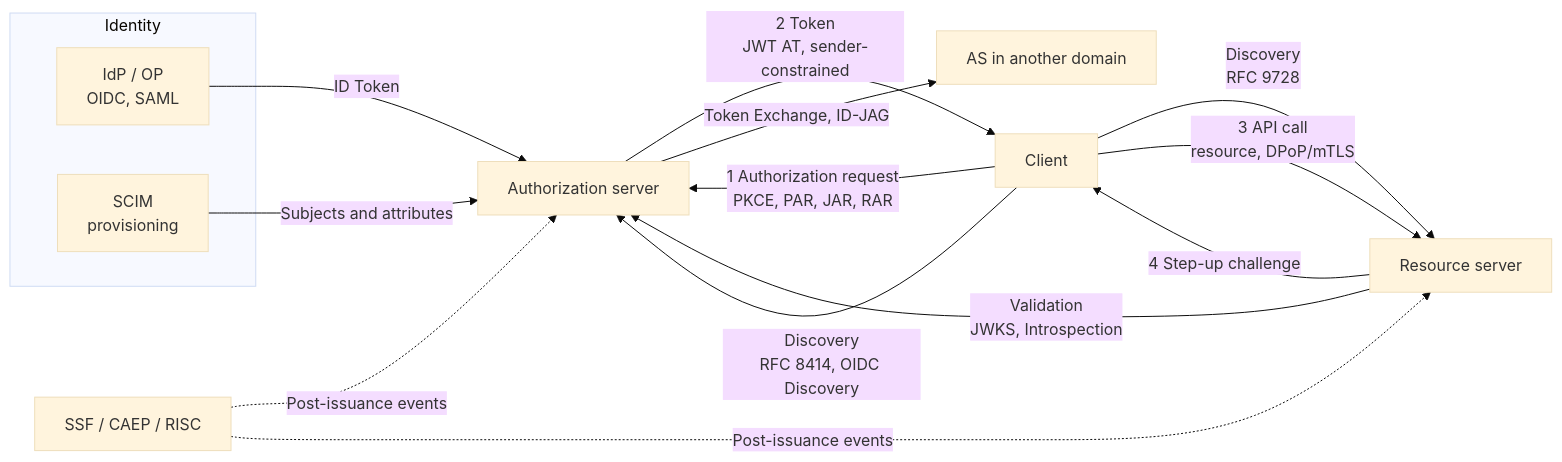
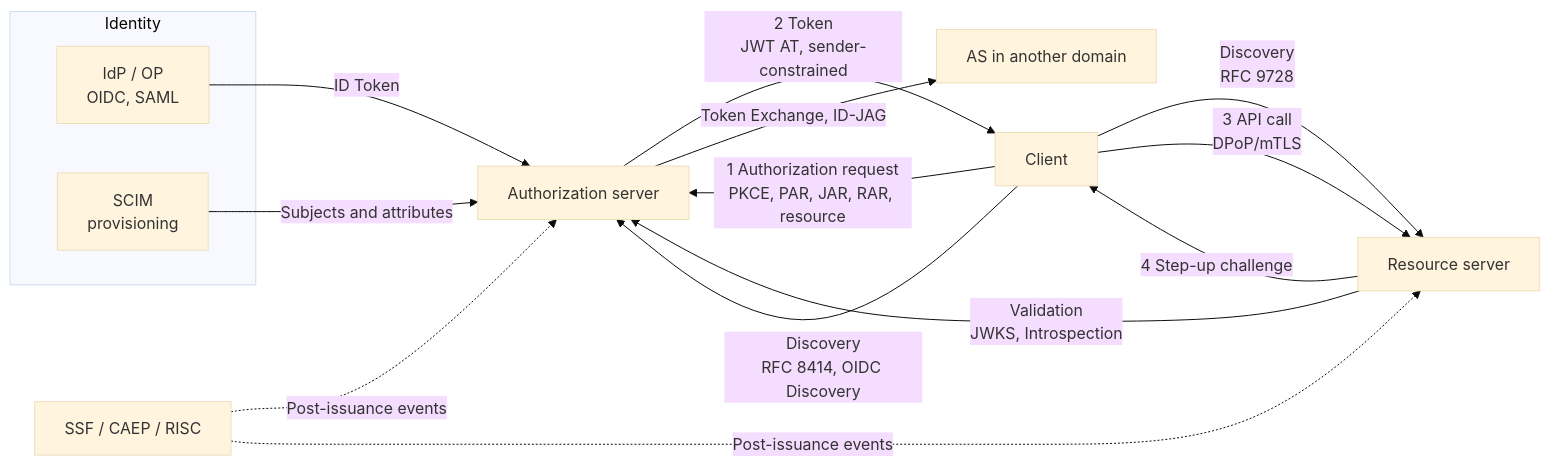
Before and after one commit to bmf-san/bmf-tech: the first of 2 diagrams in content/en/posts/oauth-standards-map-authorization-platform.md, drawn with Mermaid (base theme). The commit also changed other lines of this file and 1 other file, not shown here.

First line of the commit message:
fix: OAuth 関連標準の地図の記事の図・JAR・SAML の記述を一次資料に合わせる

````diff
--- a/content/en/posts/oauth-standards-map-authorization-platform.md
+++ b/content/en/posts/oauth-standards-map-authorization-platform.md
@@ -50,19 +50,19 @@
 ```mermaid
 flowchart LR
   subgraph ID["Identity"]
     IdP["IdP / OP<br/>OIDC, SAML"]
     SCIM["SCIM<br/>provisioning"]
   end
-  C["Client"] -- "1 Authorization request<br/>PKCE, PAR, JAR, RAR" --> AS["Authorization server"]
+  C["Client"] -- "1 Authorization request<br/>PKCE, PAR, JAR, RAR, resource" --> AS["Authorization server"]
   C -- "Discovery<br/>RFC 9728" --> RS["Resource server"]
   C -- "Discovery<br/>RFC 8414, OIDC Discovery" --> AS
   AS -- "2 Token<br/>JWT AT, sender-constrained" --> C
-  C -- "3 API call<br/>resource, DPoP/mTLS" --> RS
+  C -- "3 API call<br/>DPoP/mTLS" --> RS
   RS -- "Validation<br/>JWKS, Introspection" --> AS
   RS -- "4 Step-up challenge" --> C
   IdP -- "ID Token" --> AS
   SCIM -- "Subjects and attributes" --> AS
   T["SSF / CAEP / RISC"] -. "Post-issuance events" .-> AS
   T -. "Post-issuance events" .-> RS
   AS -- "Token Exchange, ID-JAG" --> AS2["AS in another domain"]
 ```
````
